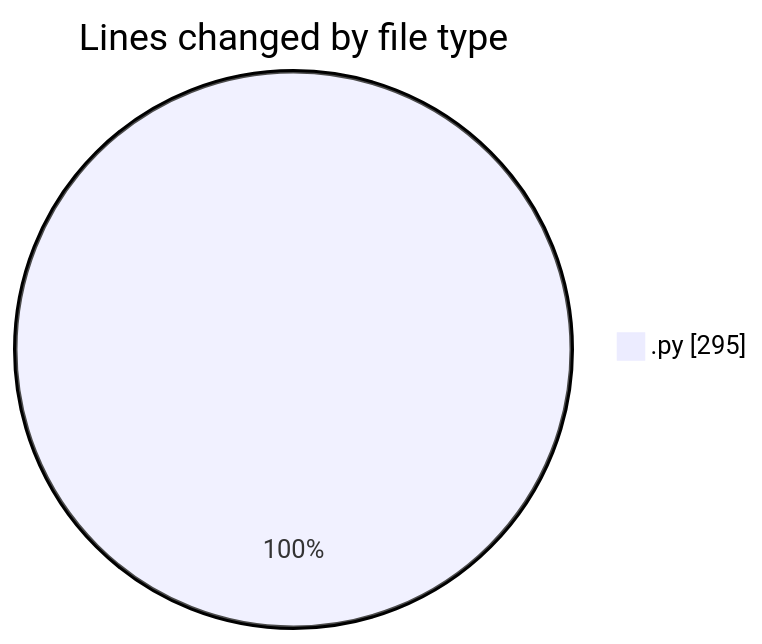
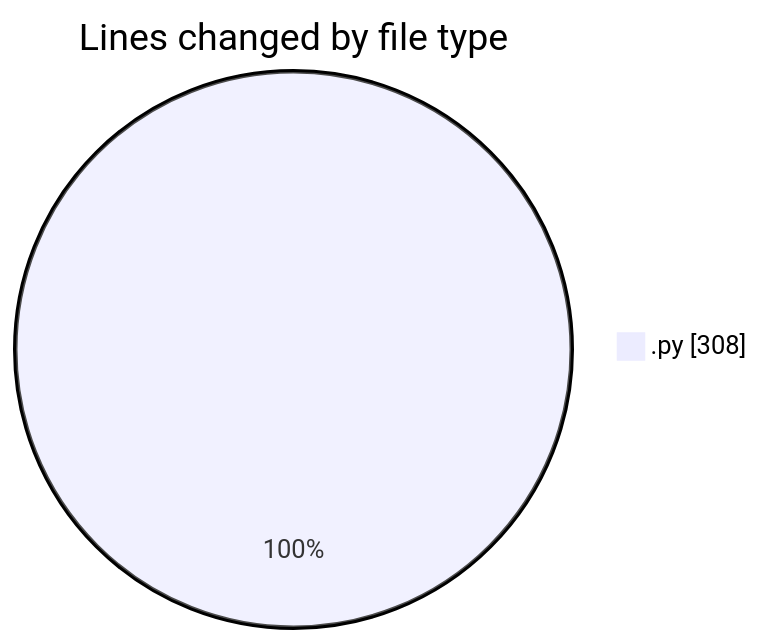
The first of 2 diagrams in 2025-10-22/eventscop-api-guide__workspace_/README.md (julien-gomy/code-tracking), drawn with Mermaid before and after one commit. The commit also changed other lines of this file and 1 other file, not shown here.

````diff
--- a/2025-10-22/eventscop-api-guide__workspace_/README.md
+++ b/2025-10-22/eventscop-api-guide__workspace_/README.md
@@ -25,5 +25,5 @@
 ```mermaid
 pie showData
 title Lines changed by file type
-".py" : 295
+".py" : 308
 ```
````
